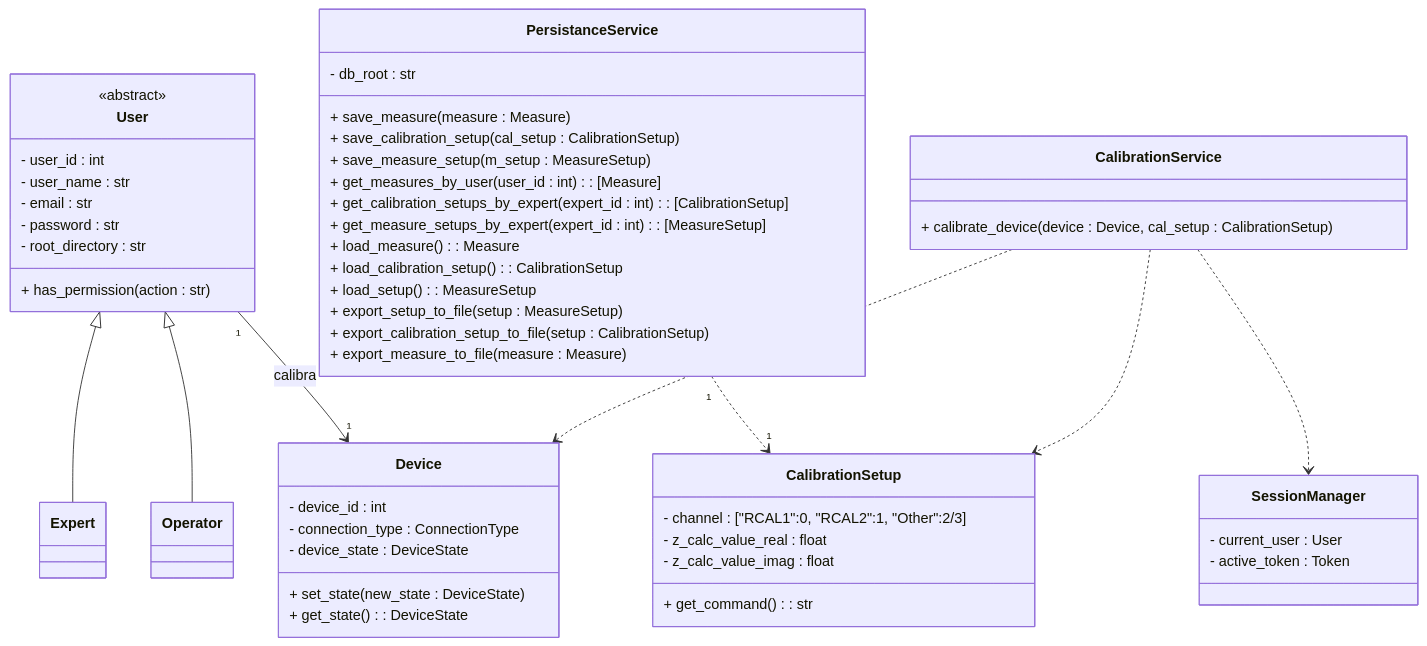
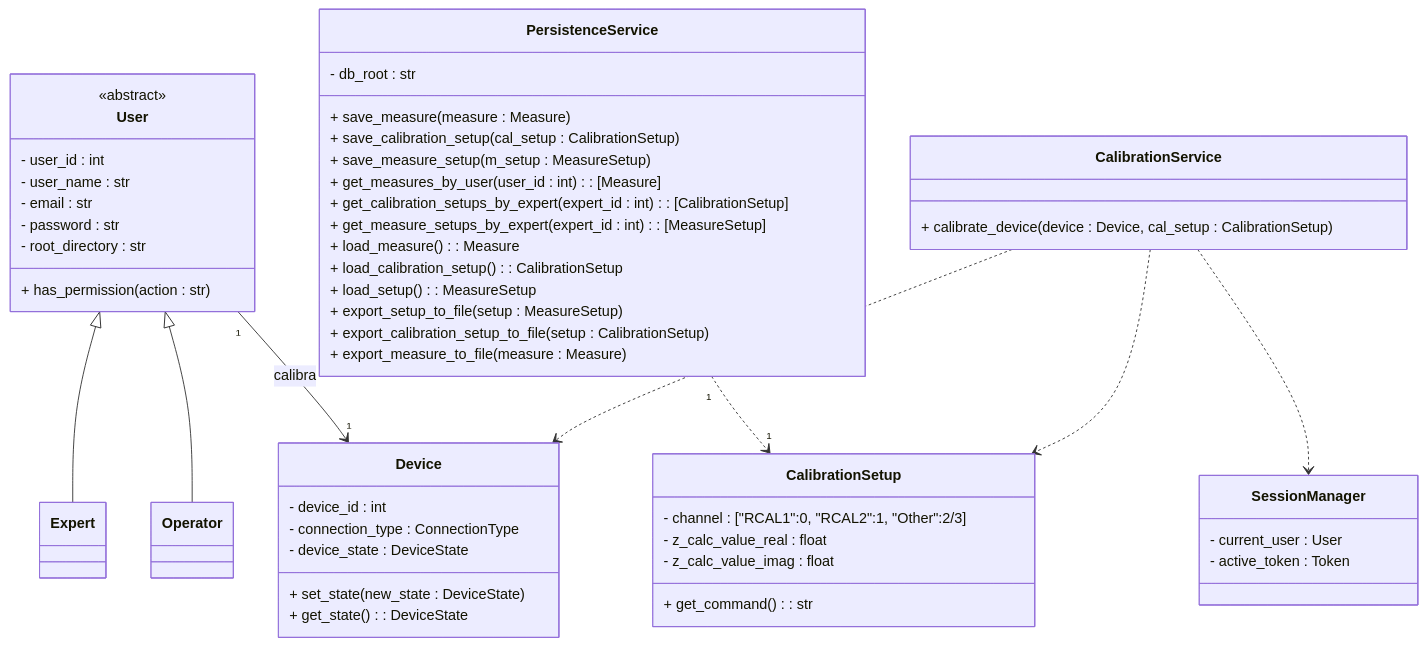
Before and after one commit to alegrelias/Repo-GMini: diagram 14 of 22 in Gmini-MarkDown/Guanaco Mini.md, drawn with Mermaid. The commit also changed other lines of this file, not shown here.

````diff
--- a/Gmini-MarkDown/Guanaco Mini.md
+++ b/Gmini-MarkDown/Guanaco Mini.md
@@ -1413,78 +1427,78 @@
 ```mermaid
 classDiagram
 
 %% jerarquias
 User <|-- Expert
 User <|-- Operator
 
 %% clases
 class User {
 	<<abstract>>
 	- user_id : int
 	- user_name : str
 	- email : str
 	- password : str
 	- root_directory : str
 	+ has_permission(action : str)
 }
     
 class Operator{
 
 }
 class Expert{
 
 }
 
 class CalibrationSetup{
 	- channel : ["RCAL1":0, "RCAL2":1, "Other":2/3]
 	- z_calc_value_real : float
 	- z_calc_value_imag : float
 	+ get_command() : str
 }
 
 class Device{
 	- device_id : int
 	- connection_type : ConnectionType
 	- device_state : DeviceState
 	+ set_state(new_state : DeviceState)
 	+ get_state() : DeviceState
 }
 
 class CalibrationService{
 	+ calibrate_device(device : Device, cal_setup : CalibrationSetup)
 }
 
 class SessionManager{
 	- current_user : User
 	- active_token : Token
 }
 
-class PersistanceService{
+class PersistenceService{
 	- db_root : str
 	  
 	%% operaciones en db
 	+ save_measure(measure : Measure)
 	+ save_calibration_setup(cal_setup : CalibrationSetup)
 	+ save_measure_setup(m_setup : MeasureSetup)
 	+ get_measures_by_user(user_id : int) : [Measure]
 	+ get_calibration_setups_by_expert(expert_id : int) : [CalibrationSetup]
 	+ get_measure_setups_by_expert(expert_id : int) : [MeasureSetup]
 	  
 	%% operaciones en archivos
 	+ load_measure() : Measure
 	+ load_calibration_setup() : CalibrationSetup
 	+ load_setup() : MeasureSetup
 	+ export_setup_to_file(setup : MeasureSetup)
 	+ export_calibration_setup_to_file(setup : CalibrationSetup)
 	+ export_measure_to_file(measure : Measure)
 }
 
 %% relaciones
 User "1"-->"1" Device : calibra
 
-PersistanceService "1"..>"1" CalibrationSetup
+PersistenceService "1"..>"1" CalibrationSetup
 
 CalibrationService ..> Device
 CalibrationService ..> CalibrationSetup
 CalibrationService ..> SessionManager
 ```
````
